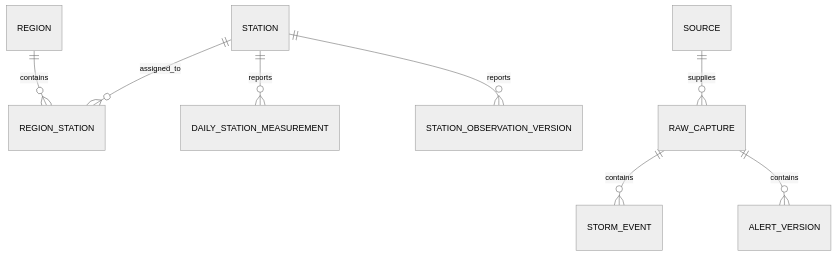
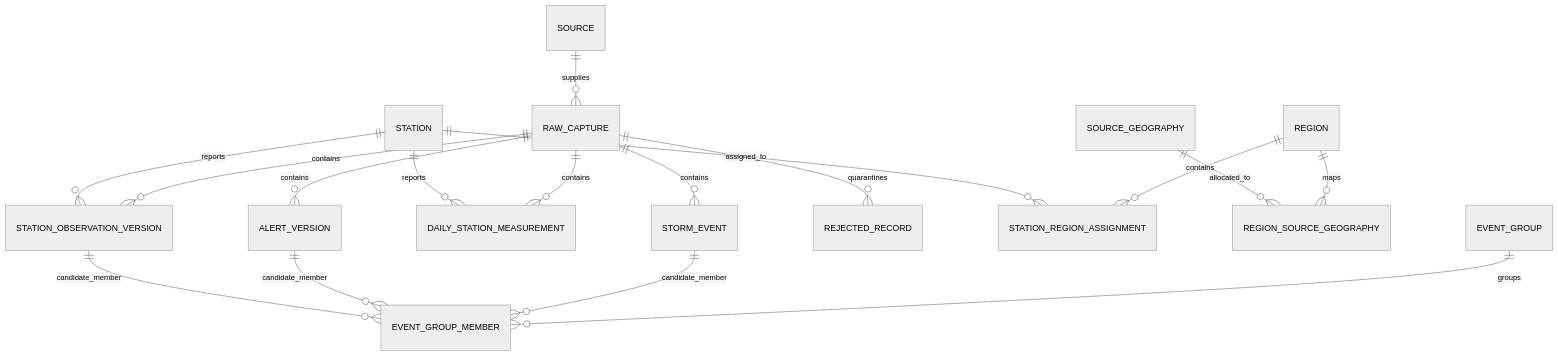
Before and after one commit to KevMasMas/multi-hazard-weather-monitoring: the diagram in deliveries/01-workshop-1/REPORT_DRAFT.md, drawn with Mermaid (neutral theme). The commit also changed other lines of this file and 33 other files, not shown here.

````diff
--- a/deliveries/01-workshop-1/REPORT_DRAFT.md
+++ b/deliveries/01-workshop-1/REPORT_DRAFT.md
@@ -94,10 +125,19 @@
 ```mermaid
 erDiagram
-    REGION ||--o{ REGION_STATION : contains
-    STATION ||--o{ REGION_STATION : assigned_to
-    STATION ||--o{ DAILY_STATION_MEASUREMENT : reports
-    STATION ||--o{ STATION_OBSERVATION_VERSION : reports
     SOURCE ||--o{ RAW_CAPTURE : supplies
     RAW_CAPTURE ||--o{ STORM_EVENT : contains
     RAW_CAPTURE ||--o{ ALERT_VERSION : contains
+    RAW_CAPTURE ||--o{ DAILY_STATION_MEASUREMENT : contains
+    RAW_CAPTURE ||--o{ STATION_OBSERVATION_VERSION : contains
+    RAW_CAPTURE ||--o{ REJECTED_RECORD : quarantines
+    REGION ||--o{ STATION_REGION_ASSIGNMENT : contains
+    STATION ||--o{ STATION_REGION_ASSIGNMENT : assigned_to
+    REGION ||--o{ REGION_SOURCE_GEOGRAPHY : maps
+    SOURCE_GEOGRAPHY ||--o{ REGION_SOURCE_GEOGRAPHY : allocated_to
+    STATION ||--o{ DAILY_STATION_MEASUREMENT : reports
+    STATION ||--o{ STATION_OBSERVATION_VERSION : reports
+    EVENT_GROUP ||--o{ EVENT_GROUP_MEMBER : groups
+    STORM_EVENT ||--o{ EVENT_GROUP_MEMBER : candidate_member
+    ALERT_VERSION ||--o{ EVENT_GROUP_MEMBER : candidate_member
+    STATION_OBSERVATION_VERSION ||--o{ EVENT_GROUP_MEMBER : candidate_member
 ```
````
